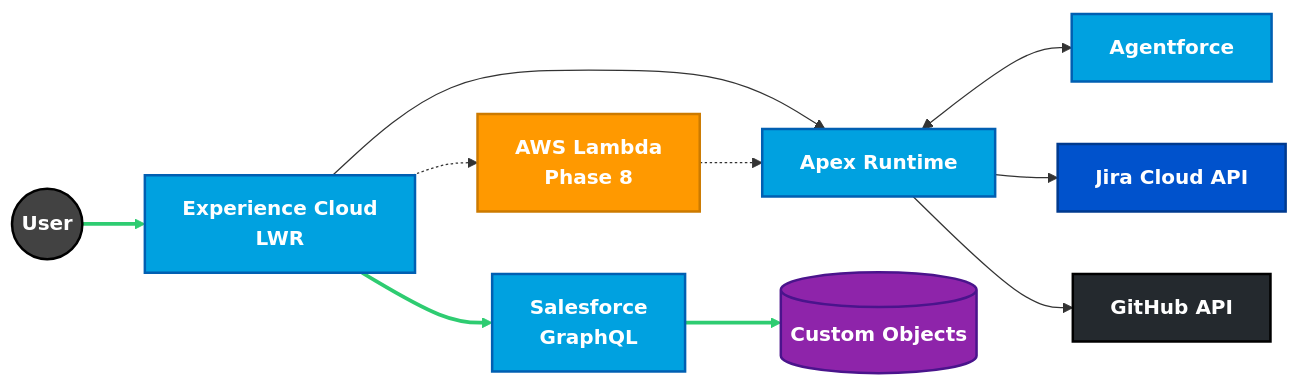
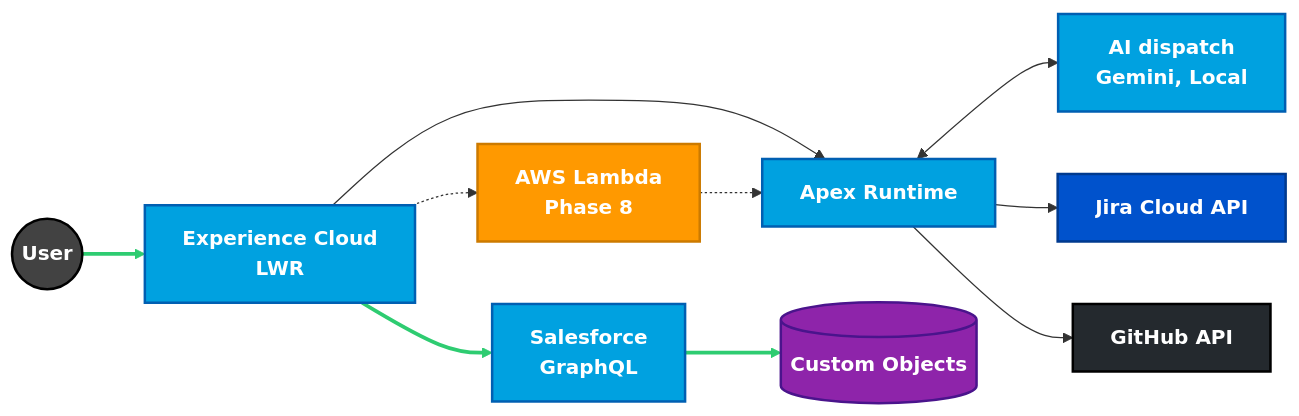
One commit to rdbumstead/salesforce-platform-architect-portfolio changed the first of 5 diagrams in docs/guides/03-SAS.md. Above: the diagram before and after it, drawn with Mermaid. The commit also changed other lines of this file and 2 other files, not shown here.

````diff
--- a/docs/guides/03-SAS.md
+++ b/docs/guides/03-SAS.md
@@ -70,47 +70,47 @@
 ```mermaid
 graph LR
     %%{init: {'flowchart': {'nodeSpacing': 50, 'rankSpacing': 50}}}%%
     %% ========= BRAND STYLES =========
     classDef user fill:#424242,stroke:#000000,stroke-width:2px,color:#ffffff,font-weight:bold;
     classDef sfdc fill:#00A1E0,stroke:#005FB2,stroke-width:2px,color:#ffffff,font-weight:bold;
     classDef aws fill:#FF9900,stroke:#CC7A00,stroke-width:2px,color:#ffffff,font-weight:bold;
     classDef jira fill:#0052CC,stroke:#003A8F,stroke-width:2px,color:#ffffff,font-weight:bold;
     classDef github fill:#24292E,stroke:#000000,stroke-width:2px,color:#ffffff,font-weight:bold;
     classDef data fill:#8E24AA,stroke:#4A148C,stroke-width:2px,color:#ffffff,font-weight:bold;
     classDef future fill:#FFF3E0,stroke:#FB8C00,stroke-width:2px,stroke-dasharray:5 5;
 
     %% ========= NODES =========
     User((User))
     LWR[Experience Cloud<br/>LWR]
     GQL[Salesforce<br/>GraphQL]
     Apex[Apex Runtime]
     DB[(Custom Objects)]
-    AI[Agentforce]
+    AI[AI dispatch<br/>Gemini, Local]
     Jira[Jira Cloud API]
     GitHub[GitHub API]
     Lambda[AWS Lambda<br/>Phase 8]
 
     %% ========= FLOWS =========
     User --> LWR
     LWR --> GQL
     GQL --> DB
     LWR --> Apex
     Apex <--> AI
     Apex --> Jira
     Apex --> GitHub
 
     %% ========= FUTURE =========
     LWR -.-> Lambda
     Lambda -.-> Apex
 
     %% ========= APPLY STYLES =========
     class User user;
     class LWR,GQL,Apex,AI sfdc;
     class DB data;
     class Jira jira;
     class GitHub github;
     class Lambda aws;
 
     %% ========= CRITICAL PATH =========
     linkStyle 0,1,2 stroke:#2ECC71,stroke-width:3px;
 ```
````
